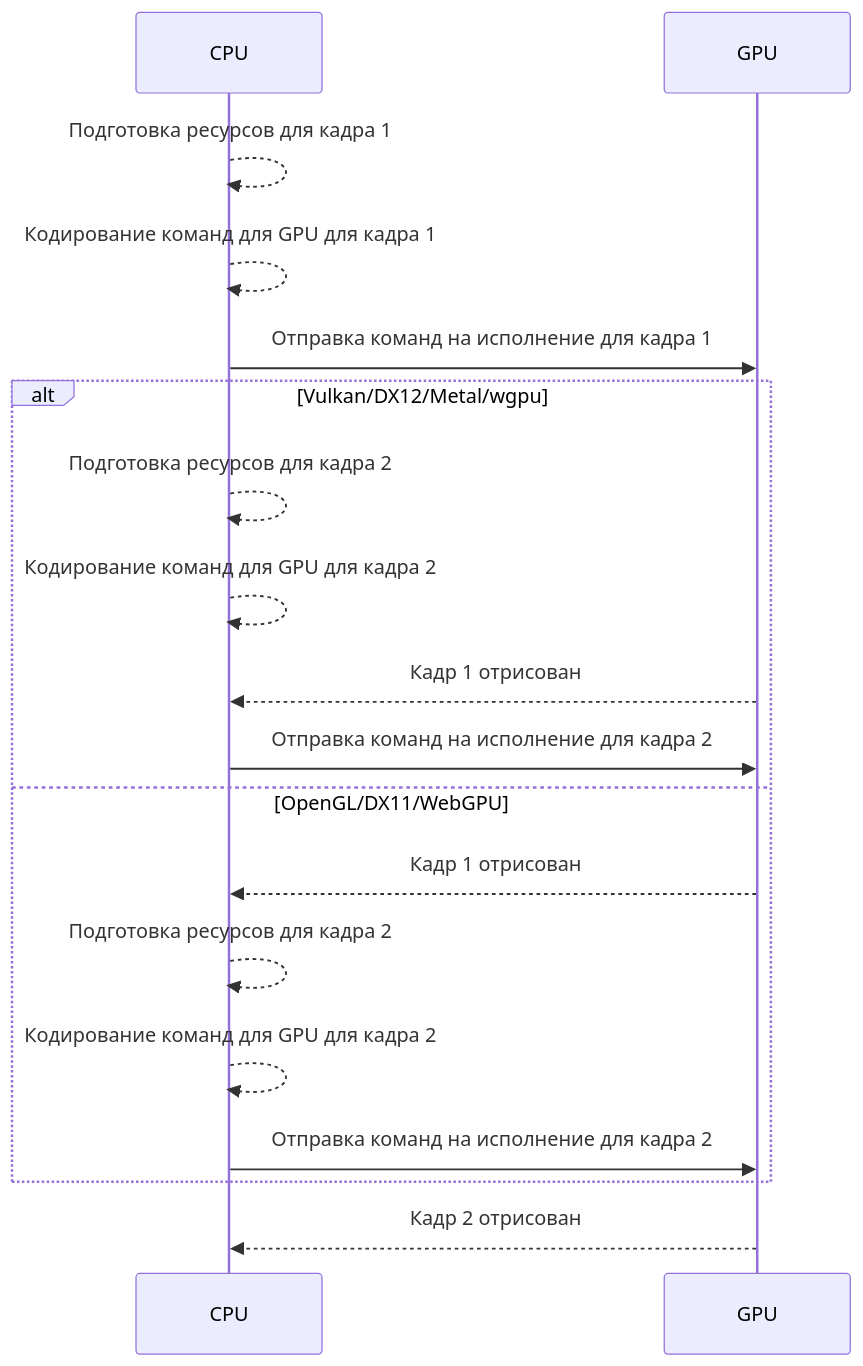
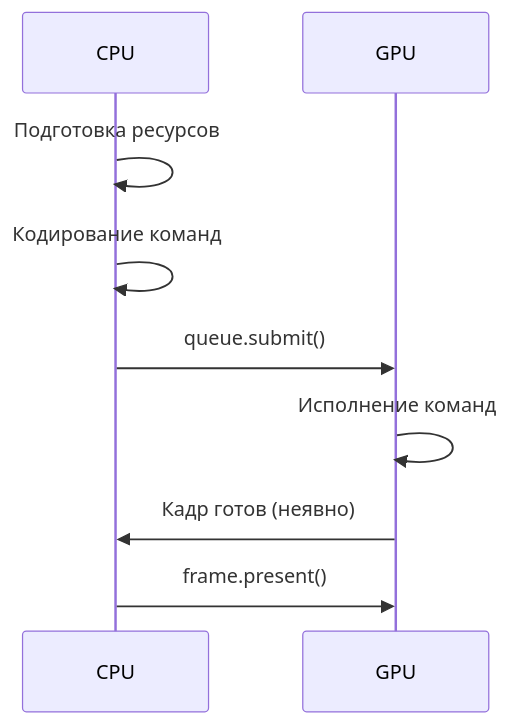
The first of 3 diagrams in docs/guide/getting-started/init-wgpu/index.md (Bromles/wgpu-tutorial), drawn with Mermaid before and after one commit. The commit also changed other lines of this file and 44 other files, not shown here.

````diff
--- a/docs/guide/getting-started/init-wgpu/index.md
+++ b/docs/guide/getting-started/init-wgpu/index.md
@@ -51,26 +31,12 @@
 ```mermaid
 sequenceDiagram
     participant CPU
     participant GPU
-    
-    CPU-->>CPU: Подготовка ресурсов для кадра 1
-    CPU-->>CPU: Кодирование команд для GPU для кадра 1
-    CPU->>GPU: Отправка команд на исполнение для кадра 1
-    
-    alt Vulkan/DX12/Metal/wgpu
-        CPU-->>CPU: Подготовка ресурсов для кадра 2
-        CPU-->>CPU: Кодирование команд для GPU для кадра 2
-         
-        GPU-->>CPU: Кадр 1 отрисован
-        
-        CPU->>GPU: Отправка команд на исполнение для кадра 2
-    else OpenGL/DX11/WebGPU
-        GPU-->>CPU: Кадр 1 отрисован
-        
-        CPU-->>CPU: Подготовка ресурсов для кадра 2
-        CPU-->>CPU: Кодирование команд для GPU для кадра 2
-        CPU->>GPU: Отправка команд на исполнение для кадра 2
-    end
-    
-    GPU-->>CPU: Кадр 2 отрисован
+
+    CPU->>CPU: Подготовка ресурсов
+    CPU->>CPU: Кодирование команд
+    CPU->>GPU: queue.submit()
+    GPU->>GPU: Исполнение команд
+    GPU->>CPU: Кадр готов (неявно)
+    CPU->>GPU: frame.present()
 ```
````
